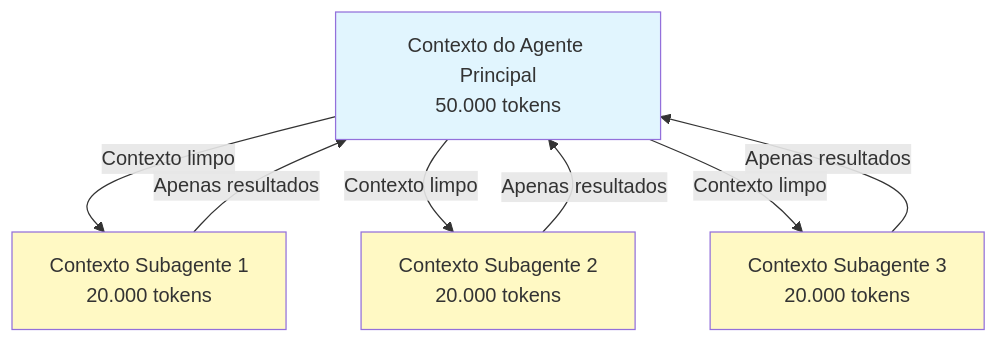
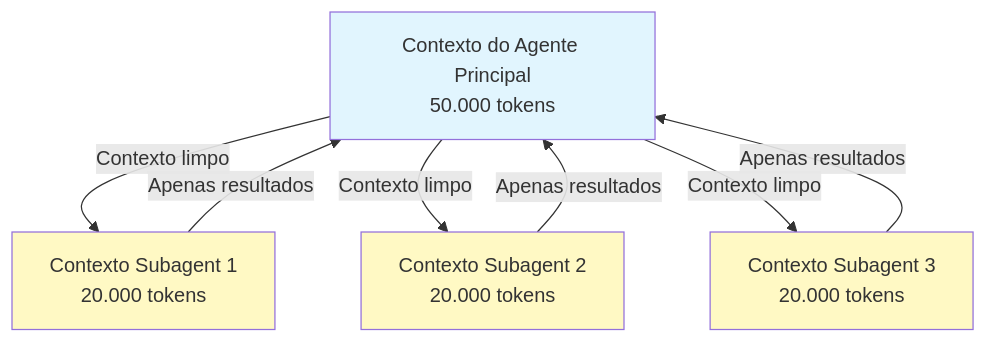
Before and after one commit to Diegobecker07/claude-howto: the sixth of 7 diagrams in pt-BR/04-subagents/README.md, drawn with Mermaid. The commit also changed other lines of this file and 26 other files, not shown here.

````diff
--- a/pt-BR/04-subagents/README.md
+++ b/pt-BR/04-subagents/README.md
@@ -793,20 +793,20 @@
 ```mermaid
 graph TB
     A["Contexto do Agente Principal<br/>50.000 tokens"]
-    B["Contexto Subagente 1<br/>20.000 tokens"]
-    C["Contexto Subagente 2<br/>20.000 tokens"]
-    D["Contexto Subagente 3<br/>20.000 tokens"]
+    B["Contexto Subagent 1<br/>20.000 tokens"]
+    C["Contexto Subagent 2<br/>20.000 tokens"]
+    D["Contexto Subagent 3<br/>20.000 tokens"]
 
     A -->|Contexto limpo| B
     A -->|Contexto limpo| C
     A -->|Contexto limpo| D
 
     B -->|Apenas resultados| A
     C -->|Apenas resultados| A
     D -->|Apenas resultados| A
 
     style A fill:#e1f5fe
     style B fill:#fff9c4
     style C fill:#fff9c4
     style D fill:#fff9c4
 ```
````
